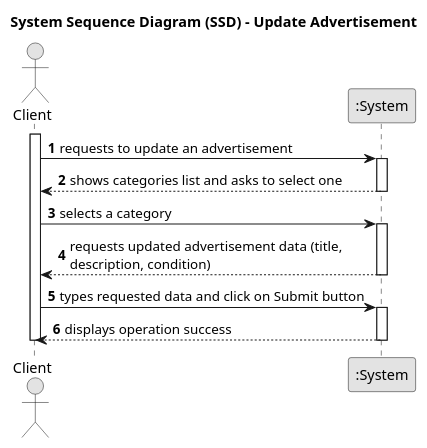
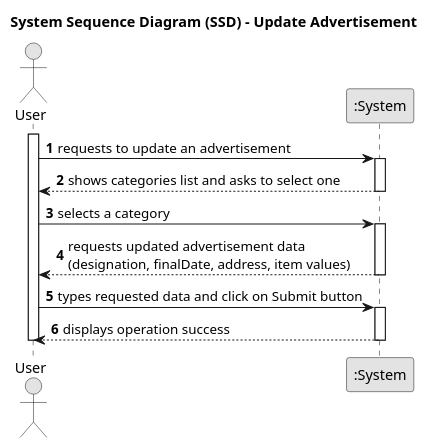
Before and after one commit to vivianeaalmeida/ComeAndGet: the diagram in Docs/US13/01-requirements-engineering/US13-SSD.puml, drawn with PlantUML. The commit also changed 7 other files, not shown here.

```diff
--- a/Docs/US13/01-requirements-engineering/US13-SSD.puml
+++ b/Docs/US13/01-requirements-engineering/US13-SSD.puml
@@ -1,34 +1,34 @@
 @startuml
 skinparam monochrome true
 skinparam packageStyle rectangle
 skinparam shadowing false
 
 title System Sequence Diagram (SSD) - Update Advertisement
 
 autonumber
 
-actor "Client" as Client
+actor "User" as User
 participant ":System" as System
 
-activate Client
+activate User
 
-    Client -> System : requests to update an advertisement
+    User -> System : requests to update an advertisement
         activate System
 
-            System --> Client : shows categories list and asks to select one
+            System --> User : shows categories list and asks to select one
         deactivate System
 
-        Client -> System : selects a category
+        User -> System : selects a category
         activate System
 
-            System --> Client : requests updated advertisement data (title, \ndescription, condition)
+            System --> User : requests updated advertisement data \n(designation, finalDate, address, item values)
         deactivate System
 
-        Client -> System : types requested data and click on Submit button
+        User -> System : types requested data and click on Submit button
         activate System
 
-            System --> Client : displays operation success
+            System --> User : displays operation success
         deactivate System
 
-deactivate Client
+deactivate User
 @enduml
```
